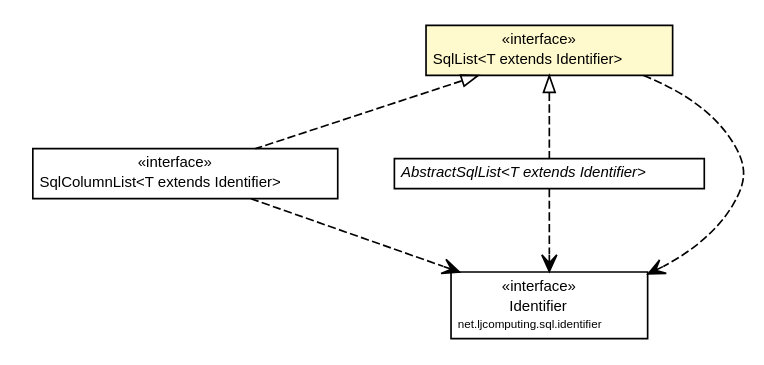
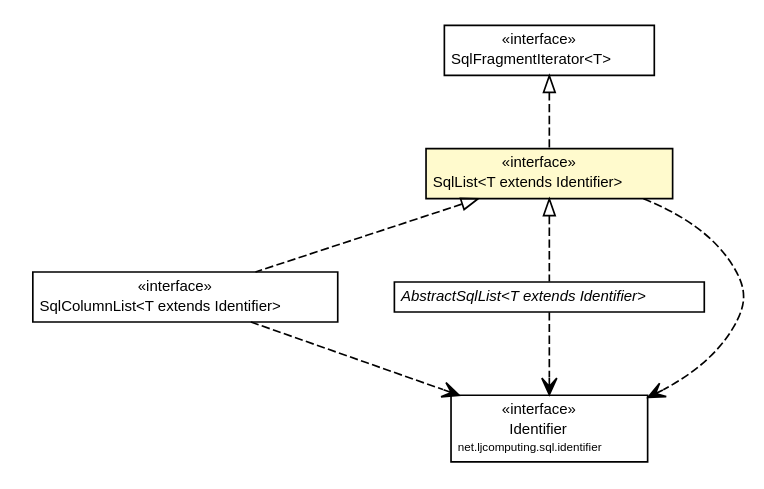
Before and after one commit to willmorejg/net.ljcomputing.sql: the diagram in docs/javadoc/apidocs/net/ljcomputing/sql/collection/SqlList.dot, drawn with Graphviz. The commit also changed 236 other files, not shown here.

```diff
--- a/docs/javadoc/apidocs/net/ljcomputing/sql/collection/SqlList.dot
+++ b/docs/javadoc/apidocs/net/ljcomputing/sql/collection/SqlList.dot
@@ -1,50 +1,59 @@
 #!/usr/local/bin/dot
 #
 # Class diagram 
 # Generated by UMLGraph version R5_6 (http://www.umlgraph.org/)
 #
 
 digraph G {
 	edge [fontname="Helvetica",fontsize=10,labelfontname="Helvetica",labelfontsize=10];
 	node [fontname="Helvetica",fontsize=10,shape=plaintext];
 	nodesep=0.25;
 	ranksep=0.5;
+	// net.ljcomputing.sql.collection.SqlFragmentIterator<T>
+	c1293 [label=<<table title="net.ljcomputing.sql.collection.SqlFragmentIterator" border="0" cellborder="1" cellspacing="0" cellpadding="2" port="p" href="./SqlFragmentIterator.html">
+		<tr><td><table border="0" cellspacing="0" cellpadding="1">
+<tr><td align="center" balign="center"> &#171;interface&#187; </td></tr>
+<tr><td align="center" balign="center"> SqlFragmentIterator&lt;T&gt; </td></tr>
+		</table></td></tr>
+		</table>>, URL="./SqlFragmentIterator.html", fontname="Helvetica", fontcolor="black", fontsize=9.0];
 	// net.ljcomputing.sql.collection.SqlColumnList<T extends net.ljcomputing.sql.identifier.Identifier>
-	c898 [label=<<table title="net.ljcomputing.sql.collection.SqlColumnList" border="0" cellborder="1" cellspacing="0" cellpadding="2" port="p" href="./SqlColumnList.html">
+	c1296 [label=<<table title="net.ljcomputing.sql.collection.SqlColumnList" border="0" cellborder="1" cellspacing="0" cellpadding="2" port="p" href="./SqlColumnList.html">
 		<tr><td><table border="0" cellspacing="0" cellpadding="1">
 <tr><td align="center" balign="center"> &#171;interface&#187; </td></tr>
 <tr><td align="center" balign="center"> SqlColumnList&lt;T extends Identifier&gt; </td></tr>
 		</table></td></tr>
 		</table>>, URL="./SqlColumnList.html", fontname="Helvetica", fontcolor="black", fontsize=9.0];
 	// net.ljcomputing.sql.collection.AbstractSqlList<T extends net.ljcomputing.sql.identifier.Identifier>
-	c899 [label=<<table title="net.ljcomputing.sql.collection.AbstractSqlList" border="0" cellborder="1" cellspacing="0" cellpadding="2" port="p" href="./AbstractSqlList.html">
+	c1297 [label=<<table title="net.ljcomputing.sql.collection.AbstractSqlList" border="0" cellborder="1" cellspacing="0" cellpadding="2" port="p" href="./AbstractSqlList.html">
 		<tr><td><table border="0" cellspacing="0" cellpadding="1">
 <tr><td align="center" balign="center"><font face="Helvetica-Oblique"> AbstractSqlList&lt;T extends Identifier&gt; </font></td></tr>
 		</table></td></tr>
 		</table>>, URL="./AbstractSqlList.html", fontname="Helvetica", fontcolor="black", fontsize=9.0];
 	// net.ljcomputing.sql.collection.SqlList<T extends net.ljcomputing.sql.identifier.Identifier>
-	c901 [label=<<table title="net.ljcomputing.sql.collection.SqlList" border="0" cellborder="1" cellspacing="0" cellpadding="2" port="p" bgcolor="lemonChiffon" href="./SqlList.html">
+	c1299 [label=<<table title="net.ljcomputing.sql.collection.SqlList" border="0" cellborder="1" cellspacing="0" cellpadding="2" port="p" bgcolor="lemonChiffon" href="./SqlList.html">
 		<tr><td><table border="0" cellspacing="0" cellpadding="1">
 <tr><td align="center" balign="center"> &#171;interface&#187; </td></tr>
 <tr><td align="center" balign="center"> SqlList&lt;T extends Identifier&gt; </td></tr>
 		</table></td></tr>
 		</table>>, URL="./SqlList.html", fontname="Helvetica", fontcolor="black", fontsize=9.0];
 	// net.ljcomputing.sql.identifier.Identifier
-	c908 [label=<<table title="net.ljcomputing.sql.identifier.Identifier" border="0" cellborder="1" cellspacing="0" cellpadding="2" port="p" href="../identifier/Identifier.html">
+	c1310 [label=<<table title="net.ljcomputing.sql.identifier.Identifier" border="0" cellborder="1" cellspacing="0" cellpadding="2" port="p" href="../identifier/Identifier.html">
 		<tr><td><table border="0" cellspacing="0" cellpadding="1">
 <tr><td align="center" balign="center"> &#171;interface&#187; </td></tr>
 <tr><td align="center" balign="center"> Identifier </td></tr>
 <tr><td align="center" balign="center"><font point-size="7.0"> net.ljcomputing.sql.identifier </font></td></tr>
 		</table></td></tr>
 		</table>>, URL="../identifier/Identifier.html", fontname="Helvetica", fontcolor="black", fontsize=9.0];
 	//net.ljcomputing.sql.collection.SqlColumnList<T extends net.ljcomputing.sql.identifier.Identifier> implements net.ljcomputing.sql.collection.SqlList<T extends net.ljcomputing.sql.identifier.Identifier>
-	c901:p -> c898:p [dir=back,arrowtail=empty,style=dashed];
+	c1299:p -> c1296:p [dir=back,arrowtail=empty,style=dashed];
 	//net.ljcomputing.sql.collection.AbstractSqlList<T extends net.ljcomputing.sql.identifier.Identifier> implements net.ljcomputing.sql.collection.SqlList<T extends net.ljcomputing.sql.identifier.Identifier>
-	c901:p -> c899:p [dir=back,arrowtail=empty,style=dashed];
+	c1299:p -> c1297:p [dir=back,arrowtail=empty,style=dashed];
+	//net.ljcomputing.sql.collection.SqlList<T extends net.ljcomputing.sql.identifier.Identifier> implements net.ljcomputing.sql.collection.SqlFragmentIterator<T>
+	c1293:p -> c1299:p [dir=back,arrowtail=empty,style=dashed];
 	// net.ljcomputing.sql.collection.SqlColumnList<T extends net.ljcomputing.sql.identifier.Identifier> DEPEND net.ljcomputing.sql.identifier.Identifier
-	c898:p -> c908:p [taillabel="", label="", headlabel="", fontname="Helvetica", fontcolor="black", fontsize=10.0, color="black", arrowhead=open, style=dashed];
+	c1296:p -> c1310:p [taillabel="", label="", headlabel="", fontname="Helvetica", fontcolor="black", fontsize=10.0, color="black", arrowhead=open, style=dashed];
 	// net.ljcomputing.sql.collection.AbstractSqlList<T extends net.ljcomputing.sql.identifier.Identifier> DEPEND net.ljcomputing.sql.identifier.Identifier
-	c899:p -> c908:p [taillabel="", label="", headlabel="", fontname="Helvetica", fontcolor="black", fontsize=10.0, color="black", arrowhead=open, style=dashed];
+	c1297:p -> c1310:p [taillabel="", label="", headlabel="", fontname="Helvetica", fontcolor="black", fontsize=10.0, color="black", arrowhead=open, style=dashed];
 	// net.ljcomputing.sql.collection.SqlList<T extends net.ljcomputing.sql.identifier.Identifier> DEPEND net.ljcomputing.sql.identifier.Identifier
-	c901:p -> c908:p [taillabel="", label="", headlabel="", fontname="Helvetica", fontcolor="black", fontsize=10.0, color="black", arrowhead=open, style=dashed];
+	c1299:p -> c1310:p [taillabel="", label="", headlabel="", fontname="Helvetica", fontcolor="black", fontsize=10.0, color="black", arrowhead=open, style=dashed];
 }
```
